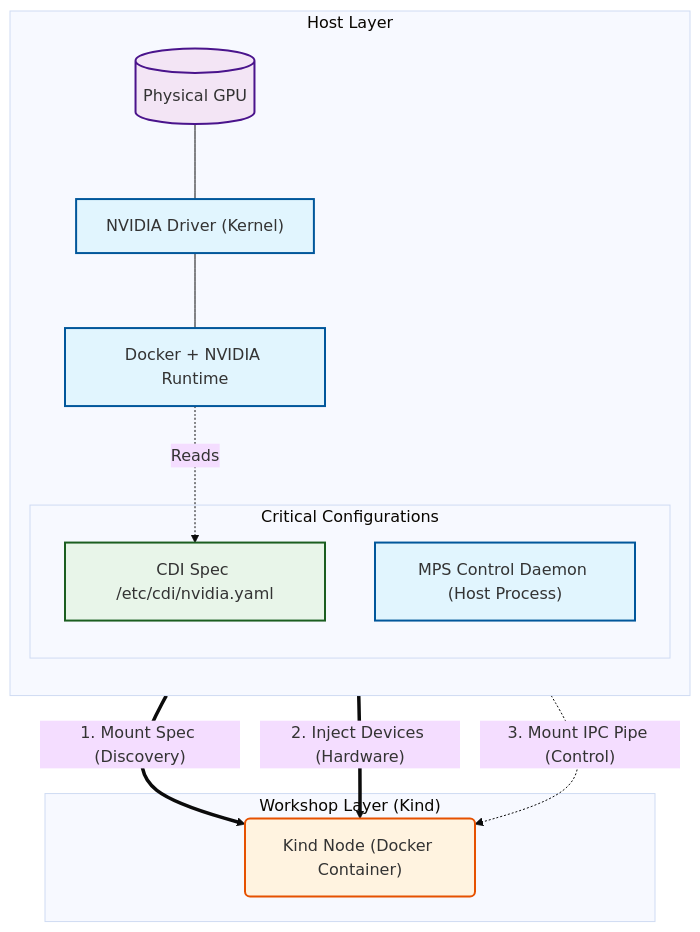
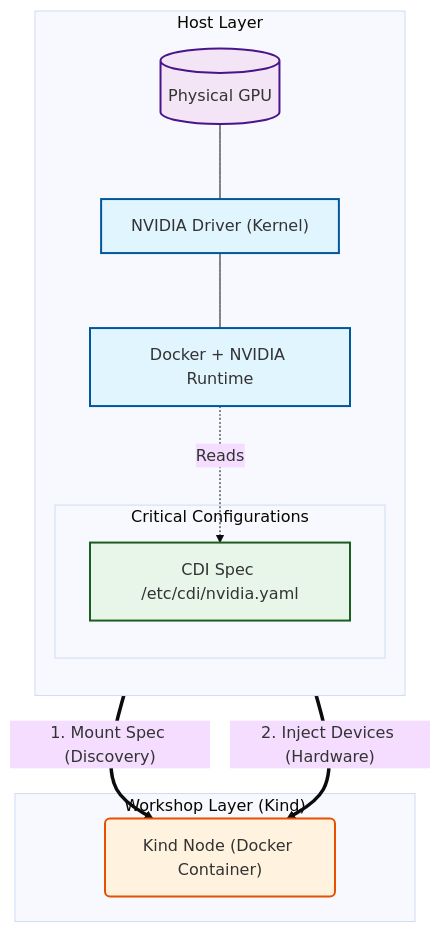
One commit to Shiritai/k8s-dra-workshop changed the diagram in docs/phase1/00-prerequisites.md. Above: the diagram before and after it, drawn with Mermaid (base theme). The commit also changed other lines of this file and 10 other files, not shown here.

````diff
--- a/docs/phase1/00-prerequisites.md
+++ b/docs/phase1/00-prerequisites.md
@@ -10,40 +10,37 @@
 ```mermaid
 ---
 config:
   layout: dagre
 ---
 flowchart TB
  subgraph Configs["Critical Configurations"]
         CDI["CDI Spec /etc/cdi/nvidia.yaml"]
-        MPS_Host["MPS Control Daemon (Host Process)"]
   end
  subgraph Host["Host Layer"]
     direction TB
         GPU[("Physical GPU")]
         Driver["NVIDIA Driver (Kernel)"]
         Runtime["Docker + NVIDIA Runtime"]
         Configs
   end
  subgraph Workshop["Workshop Layer (Kind)"]
         KindNode("Kind Node (Docker Container)")
   end
     GPU --- Driver
     Driver --- Runtime
     Runtime -. Reads .-> CDI
     
     %% Explicit Pass-through connections
     CDI == "1. Mount Spec (Discovery)" ==> KindNode
     Driver == "2. Inject Devices (Hardware)" ==> KindNode
-    MPS_Host -. "3. Mount IPC Pipe (Control)" .-> KindNode
 
      GPU:::hardware
      Driver:::host
      Runtime:::host
      CDI:::config
-     MPS_Host:::host
      KindNode:::container
     classDef host fill:#e1f5fe,stroke:#01579b,stroke-width:2px
     classDef container fill:#fff3e0,stroke:#e65100,stroke-width:2px
     classDef config fill:#e8f5e9,stroke:#1b5e20,stroke-width:2px
     classDef hardware fill:#f3e5f5,stroke:#4a148c,stroke-width:2px
 ```
````
